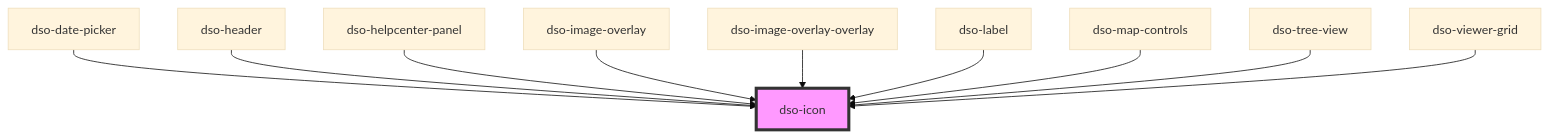
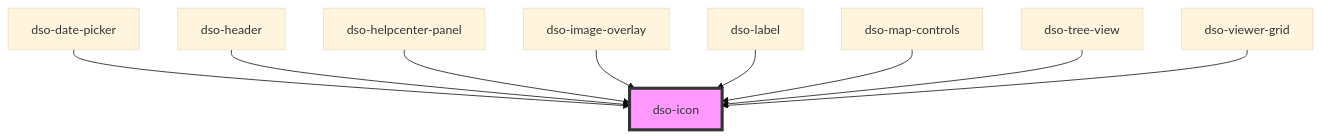
One commit to dso-toolkit/dso-toolkit changed the diagram in packages/core/src/components/icon/readme.md. Above: the diagram before and after it, drawn with Mermaid (base theme). The commit also changed other lines of this file and 6 other files, not shown here.

````diff
--- a/packages/core/src/components/icon/readme.md
+++ b/packages/core/src/components/icon/readme.md
@@ -30,13 +29,12 @@
 ```mermaid
 graph TD;
   dso-date-picker --> dso-icon
   dso-header --> dso-icon
   dso-helpcenter-panel --> dso-icon
   dso-image-overlay --> dso-icon
-  dso-image-overlay-overlay --> dso-icon
   dso-label --> dso-icon
   dso-map-controls --> dso-icon
   dso-tree-view --> dso-icon
   dso-viewer-grid --> dso-icon
   style dso-icon fill:#f9f,stroke:#333,stroke-width:4px
 ```
````
